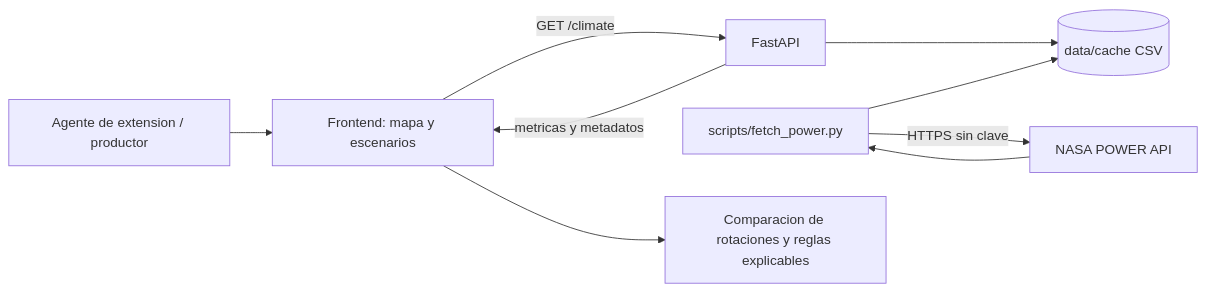
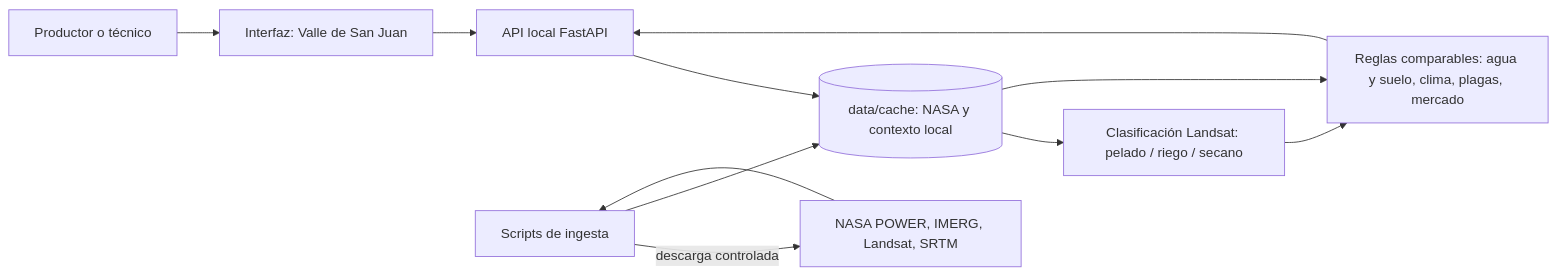
One commit to fraineralex/agrovision-spaceapps-2026 changed the diagram in docs/05_arquitectura.md. Above: the diagram before and after it, drawn with Mermaid. The commit also changed other lines of this file and 9 other files, not shown here.

````diff
--- a/docs/05_arquitectura.md
+++ b/docs/05_arquitectura.md
@@ -10,11 +12,13 @@
 ```mermaid
 flowchart LR
-  U[Agente de extension / productor] --> F[Frontend: mapa y escenarios]
-  F -->|GET /climate| A[FastAPI]
-  A --> C[(data/cache CSV)]
-  S[scripts/fetch_power.py] -->|HTTPS sin clave| P[NASA POWER API]
-  P --> S
-  S --> C
-  A -->|metricas y metadatos| F
-  F --> X[Comparacion de rotaciones y reglas explicables]
+  U[Productor o técnico] --> F[Interfaz: Valle de San Juan]
+  F --> A[API local FastAPI]
+  A --> C[(data/cache: NASA y contexto local)]
+  C --> L[Clasificación Landsat: pelado / riego / secano]
+  C --> R[Reglas comparables: agua y suelo, clima, plagas, mercado]
+  L --> R
+  R --> A
+  D[Scripts de ingesta] -->|descarga controlada| N[NASA POWER, IMERG, Landsat, SRTM]
+  N --> D
+  D --> C
 ```
````
